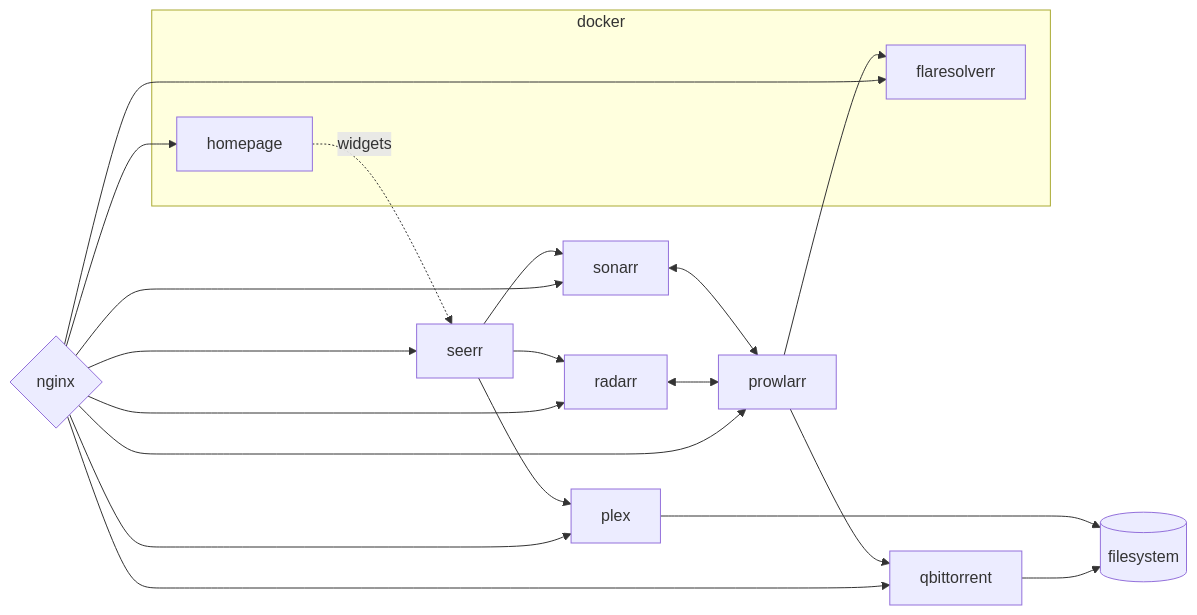
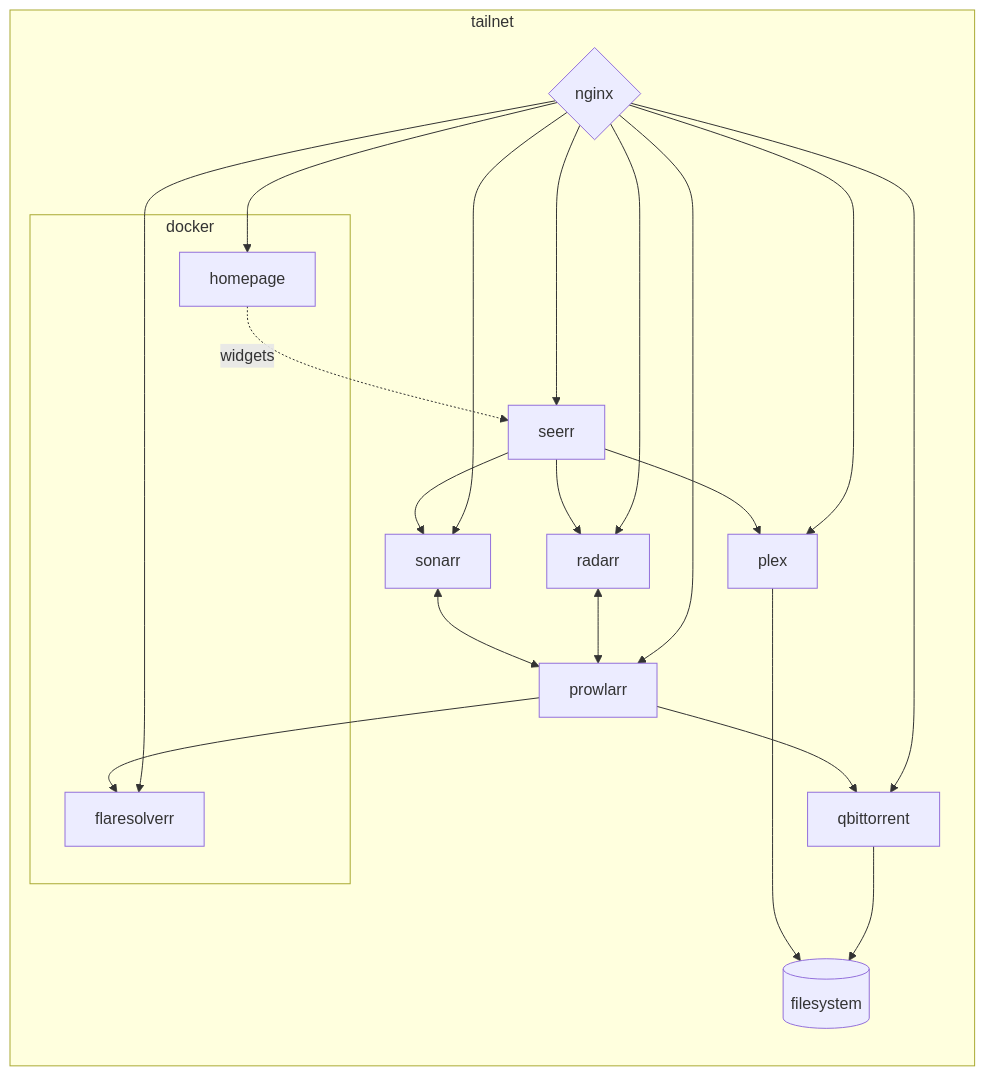
Before and after one commit to alexpyoung/homelab: the second of 2 diagrams in README.md, drawn with Mermaid. The commit also changed other lines of this file, not shown here.

Commit message:
doc(README): draw the tailnet in both architecture diagrams

````diff
--- a/README.md
+++ b/README.md
@@ -71,33 +73,35 @@
 ```mermaid
 flowchart LR
-    nginx{nginx}
-    subgraph docker
-        homepage
-        flaresolverr
+    subgraph tailnet
+        nginx{nginx}
+        subgraph docker
+            homepage
+            flaresolverr
+        end
+        plex
+        seerr
+        radarr
+        sonarr
+        prowlarr
+        qbittorrent
+        fs[(filesystem)]
     end
-    plex
-    seerr
-    radarr
-    sonarr
-    prowlarr
-    qbittorrent
-    fs[(filesystem)]
     nginx-->homepage
     nginx-->seerr
     nginx-->plex
     nginx-->radarr
     nginx-->sonarr
     nginx-->prowlarr
     nginx-->qbittorrent
     nginx-->flaresolverr
     homepage-."widgets".->seerr
     seerr-->radarr
     seerr-->sonarr
     seerr-->plex
     radarr<-->prowlarr
     sonarr<-->prowlarr
     prowlarr-->flaresolverr
     prowlarr-->qbittorrent
     qbittorrent-->fs
     plex-->fs
 ```
````
